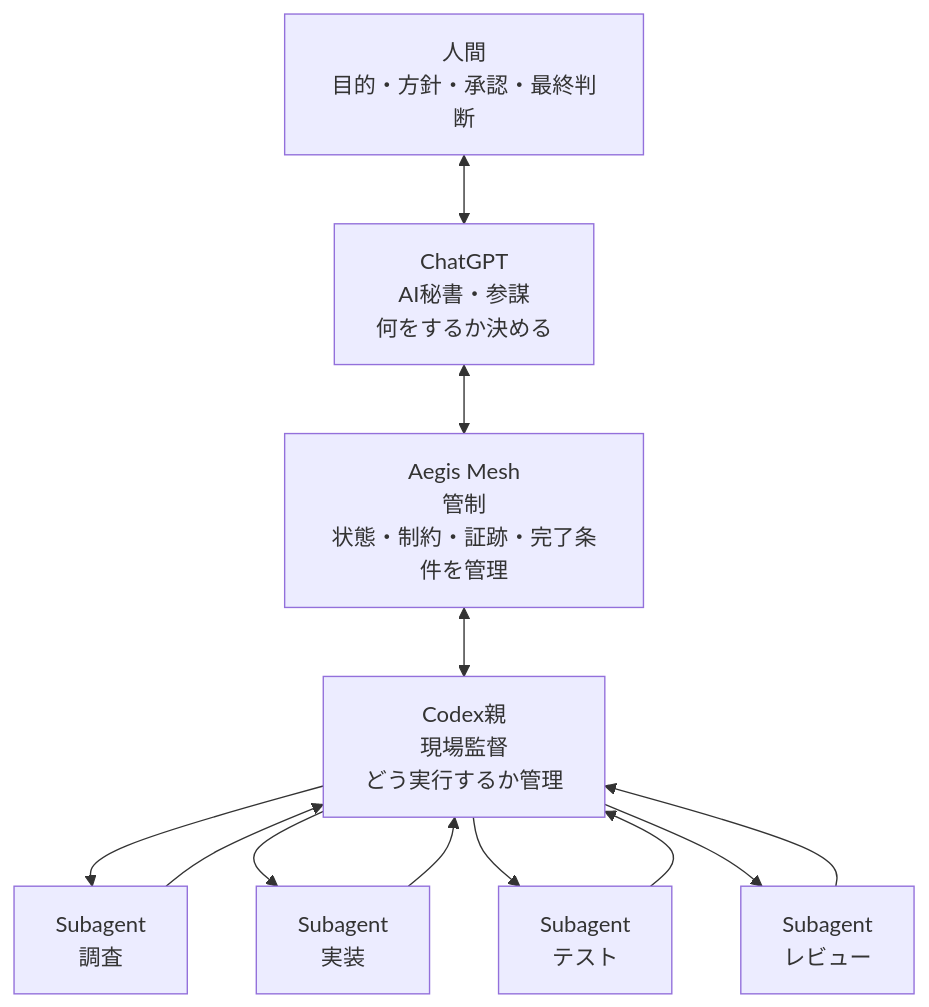
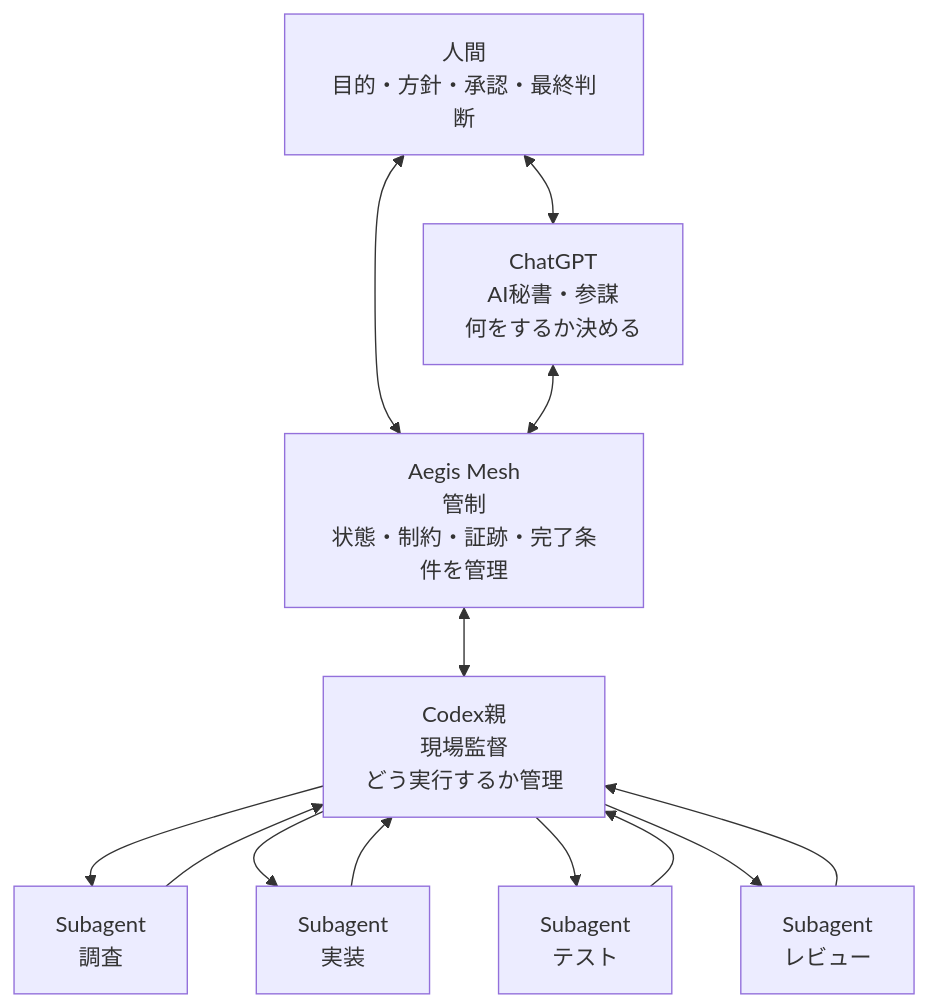
Before and after one commit to xxxinakenxxx-hash/Aegis-Mesh: the first of 8 diagrams in docs/正本/【Aegis Mesh】企画概要書.md, drawn with Mermaid. The commit also changed other lines of this file, not shown here.

````diff
--- a/docs/正本/【Aegis Mesh】企画概要書.md
+++ b/docs/正本/【Aegis Mesh】企画概要書.md
@@ -87,28 +87,29 @@
 ```mermaid
 flowchart TB
     H[人間<br>目的・方針・承認・最終判断]
 
     C[ChatGPT<br>AI秘書・参謀<br>何をするか決める]
 
     A[Aegis Mesh<br>管制<br>状態・制約・証跡・完了条件を管理]
 
     P[Codex親<br>現場監督<br>どう実行するか管理]
 
     S1[Subagent<br>調査]
     S2[Subagent<br>実装]
     S3[Subagent<br>テスト]
     S4[Subagent<br>レビュー]
 
     H <--> C
+    H <--> A
     C <--> A
     A <--> P
     P --> S1
     P --> S2
     P --> S3
     P --> S4
 
     S1 --> P
     S2 --> P
     S3 --> P
     S4 --> P
 ```
````
